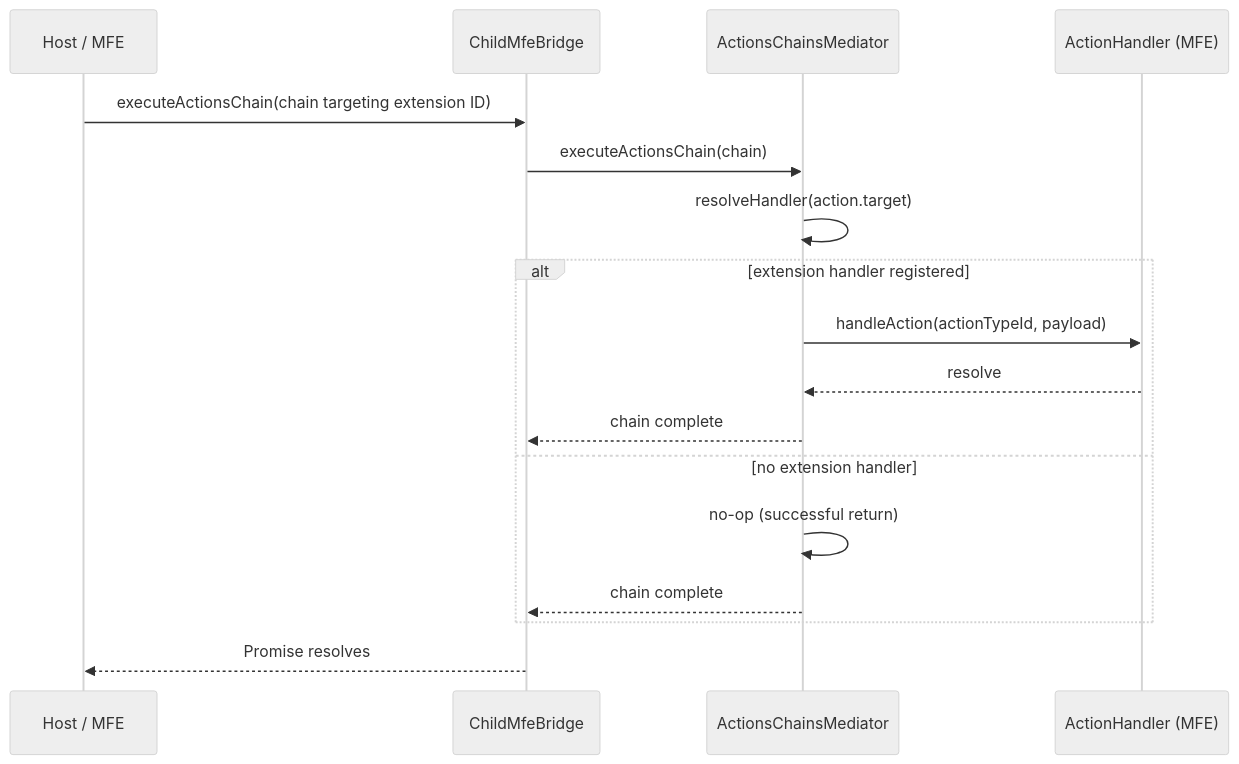
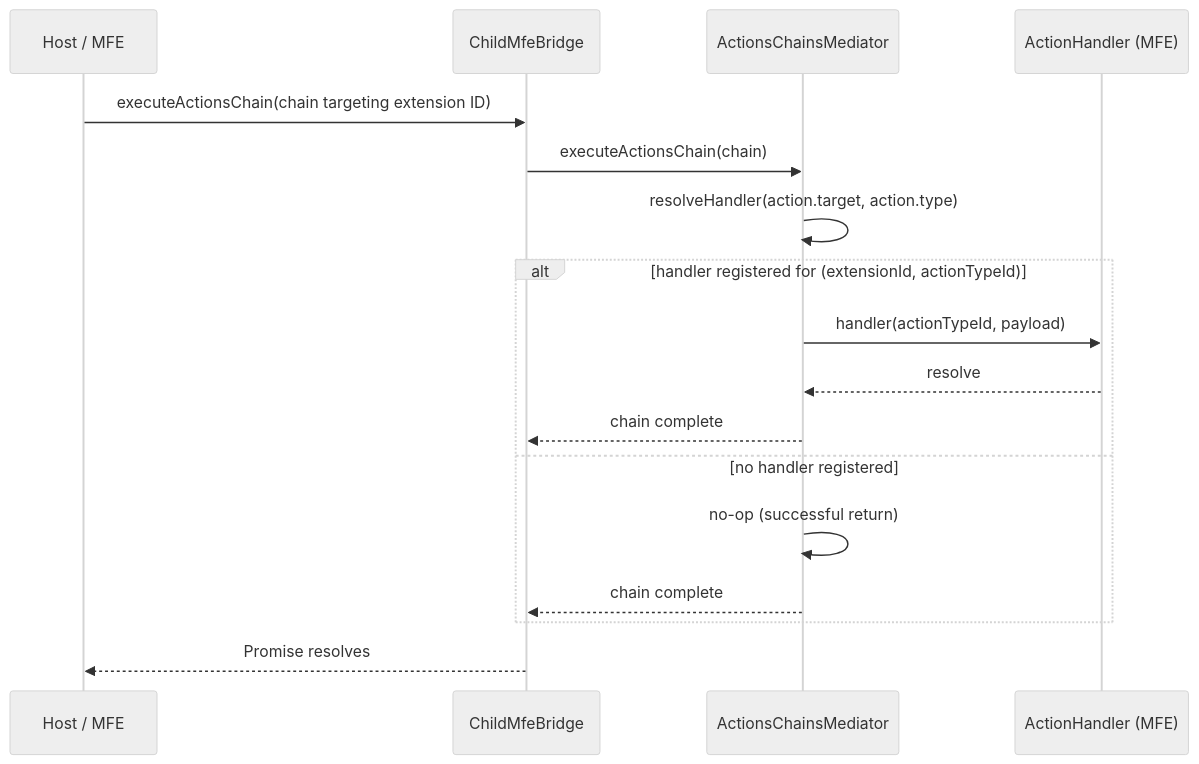
Before and after one commit to GeraBart/HAI3: the fifth of 5 diagrams in architecture/DESIGN.md, drawn with Mermaid (neutral theme). The commit also changed other lines of this file and 30 other files, not shown here.

````diff
--- a/architecture/DESIGN.md
+++ b/architecture/DESIGN.md
@@ -935,20 +978,20 @@
 ```mermaid
 sequenceDiagram
     participant Host as Host / MFE
     participant Bridge as ChildMfeBridge
     participant Mediator as ActionsChainsMediator
     participant Handler as ActionHandler (MFE)
 
     Host->>Bridge: executeActionsChain(chain targeting extension ID)
     Bridge->>Mediator: executeActionsChain(chain)
-    Mediator->>Mediator: resolveHandler(action.target)
-    alt extension handler registered
-        Mediator->>Handler: handleAction(actionTypeId, payload)
+    Mediator->>Mediator: resolveHandler(action.target, action.type)
+    alt handler registered for (extensionId, actionTypeId)
+        Mediator->>Handler: handler(actionTypeId, payload)
         Handler-->>Mediator: resolve
         Mediator-->>Bridge: chain complete
-    else no extension handler
+    else no handler registered
         Mediator->>Mediator: no-op (successful return)
         Mediator-->>Bridge: chain complete
     end
     Bridge-->>Host: Promise resolves
 ```
````
